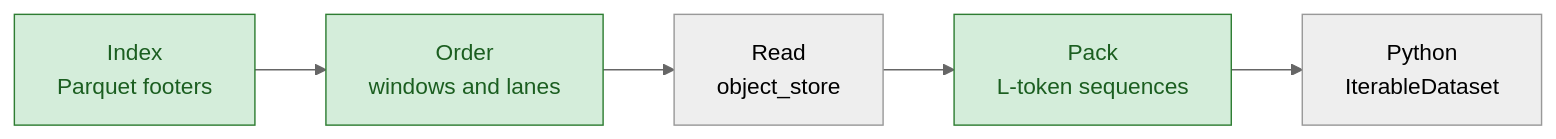
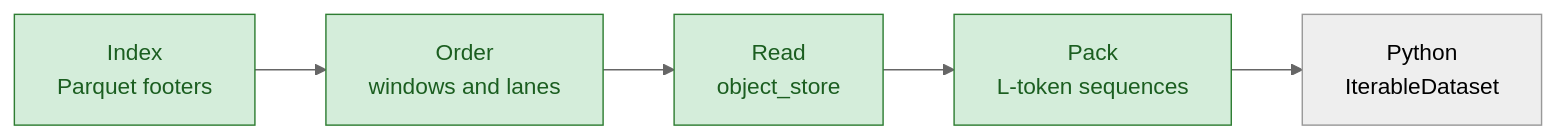
One commit to gouthamk16/plitzer changed the diagram in docs/design.md. Above: the diagram before and after it, drawn with Mermaid (neutral theme). The commit also changed other lines of this file and 15 other files, not shown here.

````diff
--- a/docs/design.md
+++ b/docs/design.md
@@ -97,9 +100,9 @@
 ```mermaid
 flowchart LR
     index["Index<br/>Parquet footers"] --> order["Order<br/>windows and lanes"]
     order --> read["Read<br/>object_store"]
     read --> pack["Pack<br/>L-token sequences"]
     pack --> python["Python<br/>IterableDataset"]
     classDef done fill:#d4edda,stroke:#2e7d32,color:#1b5e20
-    class index,order,pack done
+    class index,order,read,pack done
 ```
````
